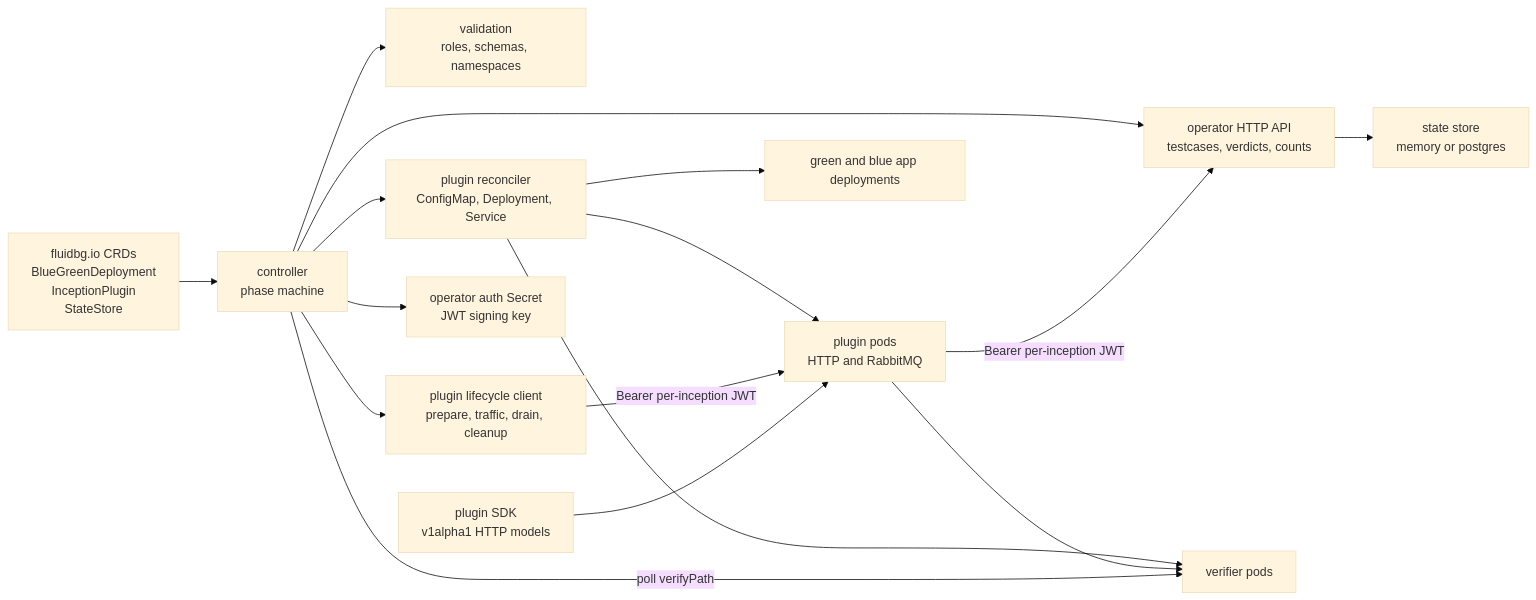
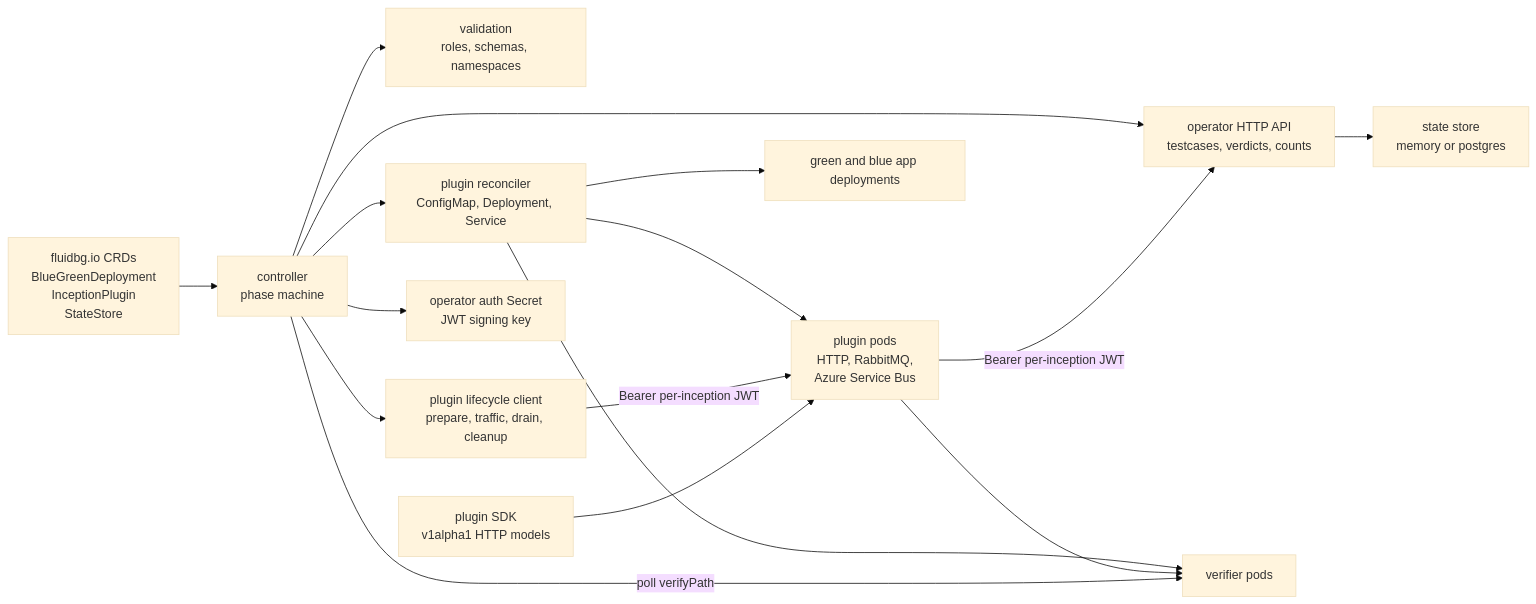
Before and after one commit to dlahmad/fluidbgoperator: the first of 3 diagrams in docs/reference/architecture.md, drawn with Mermaid (base theme). The commit also changed 32 other files, not shown here.

Commit message:
Add Azure Service Bus plugin

````diff
--- a/docs/reference/architecture.md
+++ b/docs/reference/architecture.md
@@ -23,31 +23,31 @@
 ```mermaid
 flowchart LR
     CRD["fluidbg.io CRDs<br/>BlueGreenDeployment<br/>InceptionPlugin<br/>StateStore"]
     CTRL["controller<br/>phase machine"]
     VAL["validation<br/>roles, schemas, namespaces"]
     PLUGREC["plugin reconciler<br/>ConfigMap, Deployment, Service"]
     LIFE["plugin lifecycle client<br/>prepare, traffic, drain, cleanup"]
     AUTH["operator auth Secret<br/>JWT signing key"]
     API["operator HTTP API<br/>testcases, verdicts, counts"]
     STORE["state store<br/>memory or postgres"]
     SDK["plugin SDK<br/>v1alpha1 HTTP models"]
-    PLUG["plugin pods<br/>HTTP and RabbitMQ"]
+    PLUG["plugin pods<br/>HTTP, RabbitMQ,<br/>Azure Service Bus"]
     TEST["verifier pods"]
     APP["green and blue app deployments"]
 
     CRD --> CTRL
     CTRL --> VAL
     CTRL --> PLUGREC
     CTRL --> LIFE
     CTRL --> AUTH
     CTRL --> API
     API --> STORE
     PLUGREC --> PLUG
     PLUGREC --> APP
     PLUGREC --> TEST
     LIFE -->|"Bearer per-inception JWT"| PLUG
     SDK --> PLUG
     PLUG -->|"Bearer per-inception JWT"| API
     PLUG --> TEST
     CTRL -->|"poll verifyPath"| TEST
 ```
````
